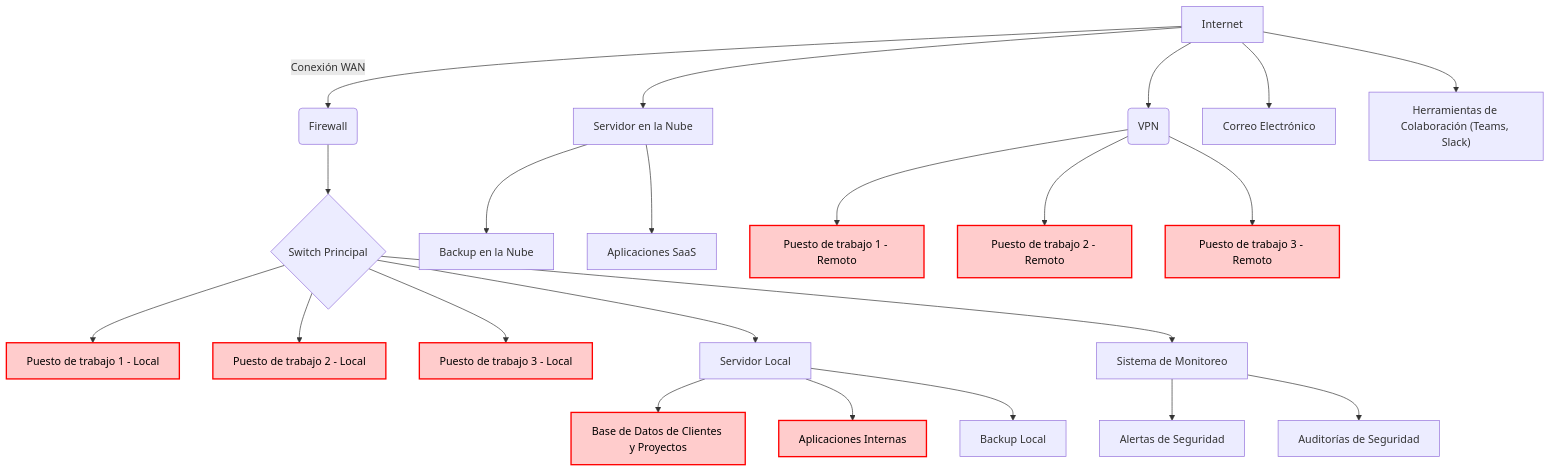
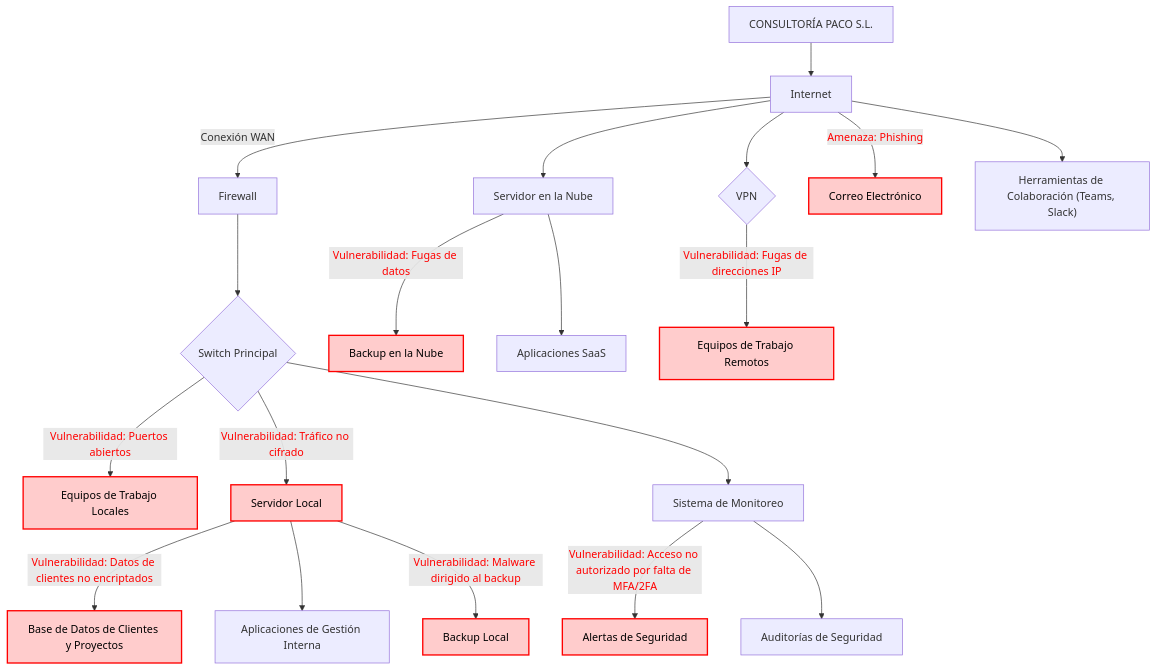
The diagram in Incidentes de Ciberseguridad/U1 Desarrollo de planes de prevención y concienciación en ciberseguridad/Ejercicios/README.md (HenestrosaDev/curso-especializacion-ciberseguridad-ti), drawn with Mermaid before and after one commit. The commit also changed other lines of this file and 3 other files, not shown here.

````diff
--- a/Incidentes de Ciberseguridad/U1 Desarrollo de planes de prevención y concienciación en ciberseguridad/Ejercicios/README.md
+++ b/Incidentes de Ciberseguridad/U1 Desarrollo de planes de prevención y concienciación en ciberseguridad/Ejercicios/README.md
@@ -9,57 +9,53 @@
 ```mermaid
+flowchart TD
+	W[CONSULTORÍA PACO S.L.] --> A[Internet]
+	A[Internet] -->|Conexión WAN| B[Firewall]
+	B --> C{Switch Principal}
 
-flowchart TD
-	A[Internet] -->|Conexión WAN| B(Firewall)
-	B --> C{Switch Principal}
-	
 	%% Empleados locales
-	C --> D1[Puesto de trabajo 1 - Local]
-	C --> D2[Puesto de trabajo 2 - Local]
-	C --> D3[Puesto de trabajo 3 - Local]
-	C --> E[Servidor Local]
+	C -->|<span style="color:red">Vulnerabilidad: Puertos abiertos</span>| D1[Equipos de Trabajo Locales]
+	C -->|<span style="color:red">Vulnerabilidad: Tráfico no cifrado</span>| E[Servidor Local]
 
 	%% Bases de datos y aplicaciones
-	E --> F[Base de Datos de Clientes y Proyectos]
-	E --> G[Aplicaciones Internas]
-	E --> H[Backup Local]
+	E -->|<span style="color:red">Vulnerabilidad: Datos de clientes no encriptados</span>| F[Base de Datos de Clientes y Proyectos]
+	E --> G[Aplicaciones de Gestión Interna]
+	E -->|<span style="color:red">Vulnerabilidad: Malware dirigido al backup</span>| H[Backup Local]
 
 	%% Servidores en la nube
 	A --> I[Servidor en la Nube]
-	I --> J[Backup en la Nube]
+	I -->|<span style="color:red">Vulnerabilidad: Fugas de datos</span>| J[Backup en la Nube]
 	I --> K[Aplicaciones SaaS]
-	
+
 	%% Empleados remotos
-	A --> L(VPN)
-	L --> M1[Puesto de trabajo 1 - Remoto]
-	L --> M2[Puesto de trabajo 2 - Remoto]
-	L --> M3[Puesto de trabajo 3 - Remoto]
+	A --> L{VPN}
+	L -->|<span style="color:red">Vulnerabilidad: Fugas de direcciones IP</span>| M1[Equipos de Trabajo Remotos]
 
 	%% Correo y herramientas colaborativas
-	A --> N[Correo Electrónico]
+	A -->|<span style="color:red">Amenaza: Phishing</span>| N[Correo Electrónico]
 	A --> O["Herramientas de Colaboración (Teams, Slack)"]
 
 	%% Seguridad y monitoreo
 	C --> P[Sistema de Monitoreo]
-	P --> Q[Alertas de Seguridad]
+	P -->|<span style="color:red">Vulnerabilidad: Acceso no autorizado por falta de MFA/2FA</span>| Q[Alertas de Seguridad]
 
 	%% Cumplimiento y Auditoría
 	P --> R[Auditorías de Seguridad]
 
 	%% Comentarios adicionales
+	E:::vulnerable
 	F:::vulnerable
-	G:::vulnerable
+	H:::vulnerable
+	J:::vulnerable
+	N:::vulnerable
+	Q:::vulnerable
 	D1:::vulnerable
-	D2:::vulnerable
-	D3:::vulnerable
 	M1:::vulnerable
-	M2:::vulnerable
-	M3:::vulnerable
+  style E fill:#ffcccc,stroke:#ff0000,stroke-width:2px,color:black
 	style F fill:#ffcccc,stroke:#ff0000,stroke-width:2px,color:black
-	style G fill:#ffcccc,stroke:#ff0000,stroke-width:2px,color:black
+	style H fill:#ffcccc,stroke:#ff0000,stroke-width:2px,color:black
+	style J fill:#ffcccc,stroke:#ff0000,stroke-width:2px,color:black
+	style N fill:#ffcccc,stroke:#ff0000,stroke-width:2px,color:black
+	style Q fill:#ffcccc,stroke:#ff0000,stroke-width:2px,color:black
 	style D1 fill:#ffcccc,stroke:#ff0000,stroke-width:2px,color:black
-	style D2 fill:#ffcccc,stroke:#ff0000,stroke-width:2px,color:black
-	style D3 fill:#ffcccc,stroke:#ff0000,stroke-width:2px,color:black
 	style M1 fill:#ffcccc,stroke:#ff0000,stroke-width:2px,color:black
-	style M2 fill:#ffcccc,stroke:#ff0000,stroke-width:2px,color:black
-	style M3 fill:#ffcccc,stroke:#ff0000,stroke-width:2px,color:black
 ```
````
